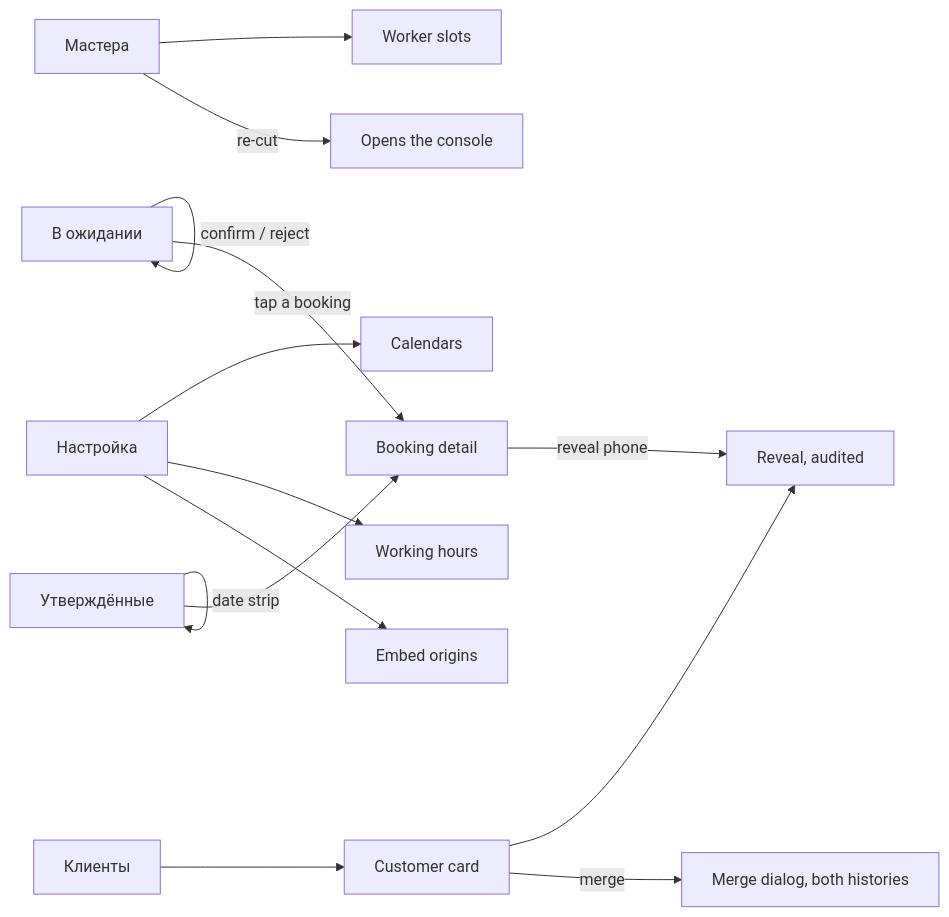
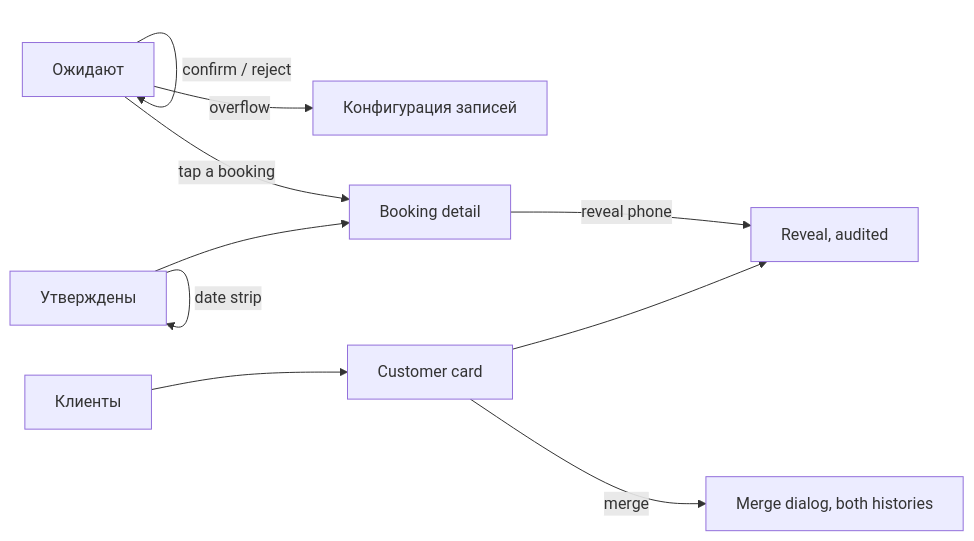
One commit to golyakoff/ago-android changed the fourth of 7 diagrams in docs/navigation.md. Above: the diagram before and after it, drawn with Mermaid. The commit also changed other lines of this file and 4 other files, not shown here.

````diff
--- a/docs/navigation.md
+++ b/docs/navigation.md
@@ -124,16 +392,12 @@
 ```mermaid
 flowchart LR
-    Pending[В ожидании] -->|confirm / reject| Pending
-    Pending -->|tap a booking| BDetail[Booking detail]
-    Bookings[Утверждённые] -->|date strip| Bookings
+    Pending["Ожидают"] -->|"confirm / reject"| Pending
+    Pending -->|"tap a booking"| BDetail["Booking detail"]
+    Bookings["Утверждены"] -->|"date strip"| Bookings
     Bookings --> BDetail
-    BDetail -->|reveal phone| Reveal[Reveal, audited]
-    Clients[Клиенты] --> CDetail[Customer card]
+    BDetail -->|"reveal phone"| Reveal["Reveal, audited"]
+    Clients["Клиенты"] --> CDetail["Customer card"]
     CDetail --> Reveal
     CDetail -->|merge| Merge["Merge dialog, both histories"]
-    Masters[Мастера] --> Slots[Worker slots]
-    Masters -->|re-cut| Web["Opens the console"]
-    Setup[Настройка] --> S1[Calendars]
-    Setup --> S2[Working hours]
-    Setup --> S3[Embed origins]
+    Pending -->|"overflow"| Cfg["Конфигурация записей"]
 ```
````
